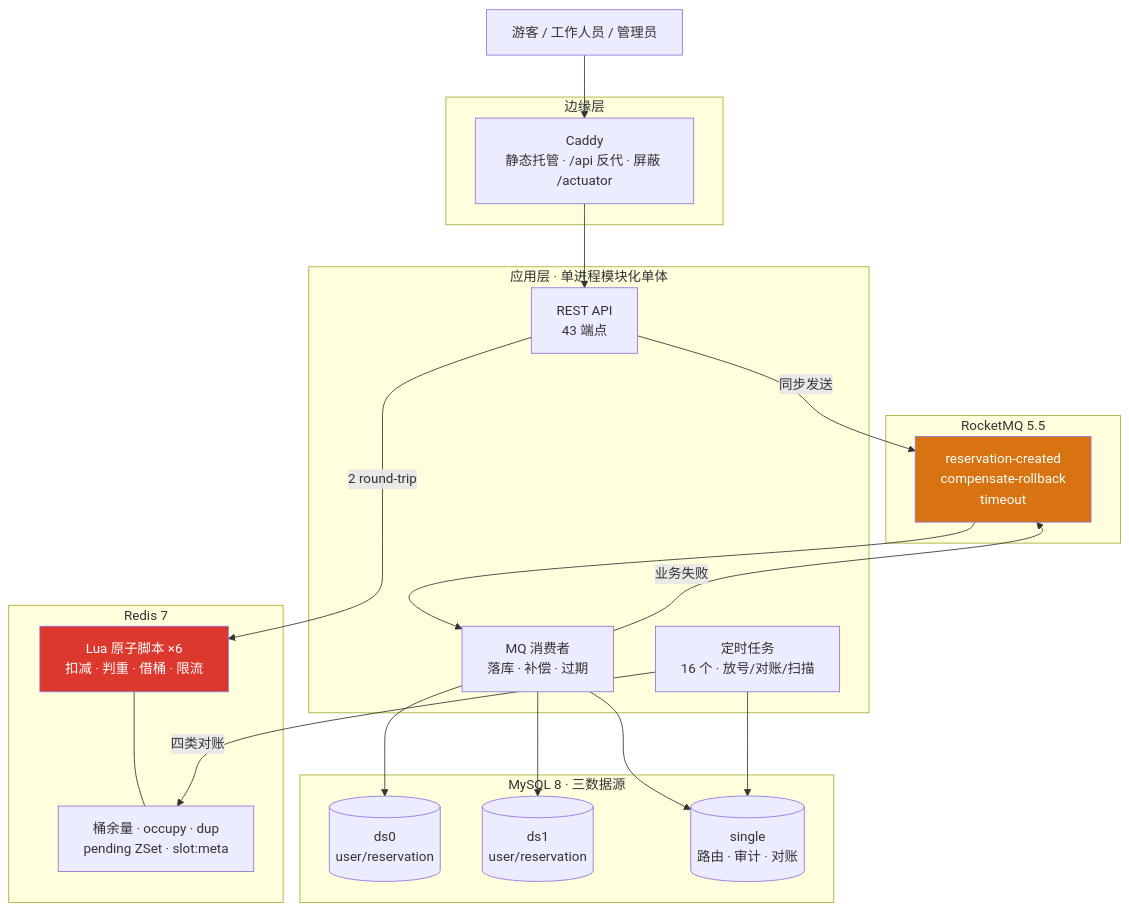
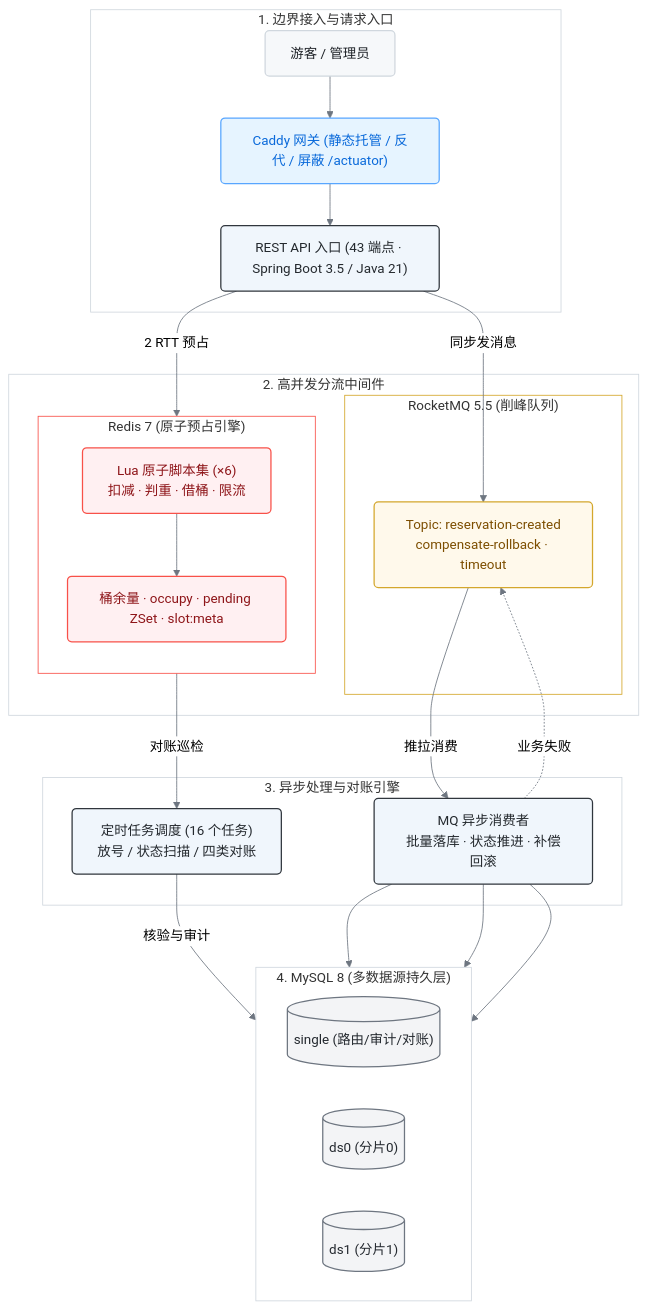
One commit to s1oopX/ReserveX changed the first of 2 diagrams in README.md. Above: the diagram before and after it, drawn with Mermaid. The commit also changed other lines of this file, not shown here.

````diff
--- a/README.md
+++ b/README.md
@@ -69,40 +68,72 @@
 ```mermaid
+%%{init: {'theme': 'neutral', 'themeVariables': { 'clusterBkg': '#ffffff', 'clusterBorder': '#d0d7de', 'primaryColor': '#f6f8fa', 'primaryBorderColor': '#d0d7de', 'lineColor': '#6e7681' }}}%%
 flowchart TB
-    subgraph edge["边缘层"]
-        C["Caddy<br/>静态托管 · /api 反代 · 屏蔽 /actuator"]
+    %% 节点专属配色类
+    classDef client fill:#f6f8fa,stroke:#d0d7de,stroke-width:1.5px,color:#1f2328,rx:5px,ry:5px;
+    classDef edge fill:#e6f4ff,stroke:#58a6ff,stroke-width:1.5px,color:#0969da,rx:5px,ry:5px;
+    classDef app fill:#f0f6fc,stroke:#30363d,stroke-width:1.5px,color:#24292e,rx:5px,ry:5px;
+    classDef redis fill:#fff0f2,stroke:#f85149,stroke-width:1.5px,color:#8e1519,rx:5px,ry:5px;
+    classDef mq fill:#fff9eb,stroke:#d4a72c,stroke-width:1.5px,color:#7d4e00,rx:5px,ry:5px;
+    classDef db fill:#f3f4f6,stroke:#6e7681,stroke-width:1.5px,color:#24292f,rx:5px,ry:5px;
+
+    %% 1. 接入层
+    subgraph S_INGRESS ["1. 边界接入与请求入口"]
+        U["游客 / 管理员"]:::client
+        C["Caddy 网关 (静态托管 / 反代 / 屏蔽 /actuator)"]:::edge
+        API["REST API 入口 (43 端点 · Spring Boot 3.5 / Java 21)"]:::app
     end
 
-    subgraph app["应用层 · 单进程模块化单体"]
-        API["REST API<br/>43 端点"]
-        CON["MQ 消费者<br/>落库 · 补偿 · 过期"]
-        JOB["定时任务<br/>16 个 · 放号/对账/扫描"]
+    %% 2. 中间件与状态层 (左右分立)
+    subgraph S_MIDDLE ["2. 高并发分流中间件"]
+        subgraph G_REDIS ["Redis 7 (原子预占引擎)"]
+            direction TB
+            L["Lua 原子脚本集 (×6)<br/>扣减 · 判重 · 借桶 · 限流"]:::redis
+            K["桶余量 · occupy · pending ZSet · slot:meta"]:::redis
+        end
+
+        subgraph G_MQ ["RocketMQ 5.5 (削峰队列)"]
+            T["Topic: reservation-created<br/>compensate-rollback · timeout"]:::mq
+        end
     end
 
-    subgraph cache["Redis 7"]
-        L["Lua 原子脚本 ×6<br/>扣减 · 判重 · 借桶 · 限流"]
-        K["桶余量 · occupy · dup<br/>pending ZSet · slot:meta"]
+    %% 3. 处理与对账层 (左右对齐)
+    subgraph S_PROCESS ["3. 异步处理与对账引擎"]
+        JOB["定时任务调度 (16 个任务)<br/>放号 / 状态扫描 / 四类对账"]:::app
+        CON["MQ 异步消费者<br/>批量落库 · 状态推进 · 补偿回滚"]:::app
     end
 
-    subgraph mq["RocketMQ 5.5"]
-        T["reservation-created<br/>compensate-rollback<br/>timeout"]
+    %% 4. 持久层
+    subgraph G_DB ["4. MySQL 8 (多数据源持久层)"]
+        direction LR
+        DS[("single (路由/审计/对账)")]:::db
+        D0[("ds0 (分片0)")]:::db
+        D1[("ds1 (分片1)")]:::db
     end
 
-    subgraph db["MySQL 8 · 三数据源"]
-        D0[("ds0<br/>user/reservation")]
-        D1[("ds1<br/>user/reservation")]
-        DS[("single<br/>路由 · 审计 · 对账")]
-    end
+    %% 链路走向：严格从上到下，左路走缓存，右路走消息
+    U --> C --> API
 
-    U["游客 / 工作人员 / 管理员"] --> C --> API
-    API -->|"2 round-trip"| L
-    L --- K
-    API -->|同步发送| T
-    T --> CON
-    CON --> D0 & D1 & DS
-    JOB -->|"四类对账"| K
-    JOB --> DS
-    CON -->|"业务失败"| T
+    %% 左路通道：同步原子预占
+    API -->|"2 RTT 预占"| L
+    L --> K
+    K -->|"对账巡检"| JOB
+    JOB -->|"核验与审计"| DS
 
-    style L fill:#dc382d,color:#fff
-    style T fill:#d77310,color:#fff
+    %% 右路通道：异步削峰落库
+    API -->|"同步发消息"| T
+    T -->|"推拉消费"| CON
+    CON --> D0
+    CON --> D1
+    CON --> DS
+
+    %% 异常补偿与回滚
+    CON -.->|"业务失败"| T
+
+    %% 显式重写所有外框底色，强制干掉黄色
+    style S_INGRESS fill:#ffffff,stroke:#d0d7de,stroke-width:1px
+    style S_MIDDLE fill:#ffffff,stroke:#d0d7de,stroke-width:1px
+    style G_REDIS fill:#ffffff,stroke:#f85149,stroke-width:1px
+    style G_MQ fill:#ffffff,stroke:#d4a72c,stroke-width:1px
+    style S_PROCESS fill:#ffffff,stroke:#d0d7de,stroke-width:1px
+    style G_DB fill:#ffffff,stroke:#d0d7de,stroke-width:1px
 ```
````
